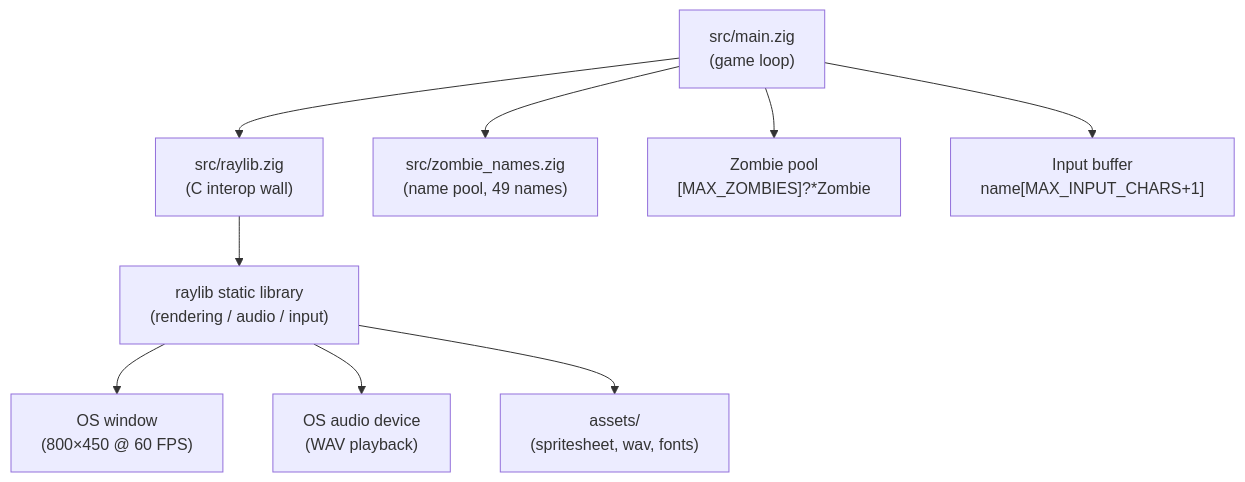
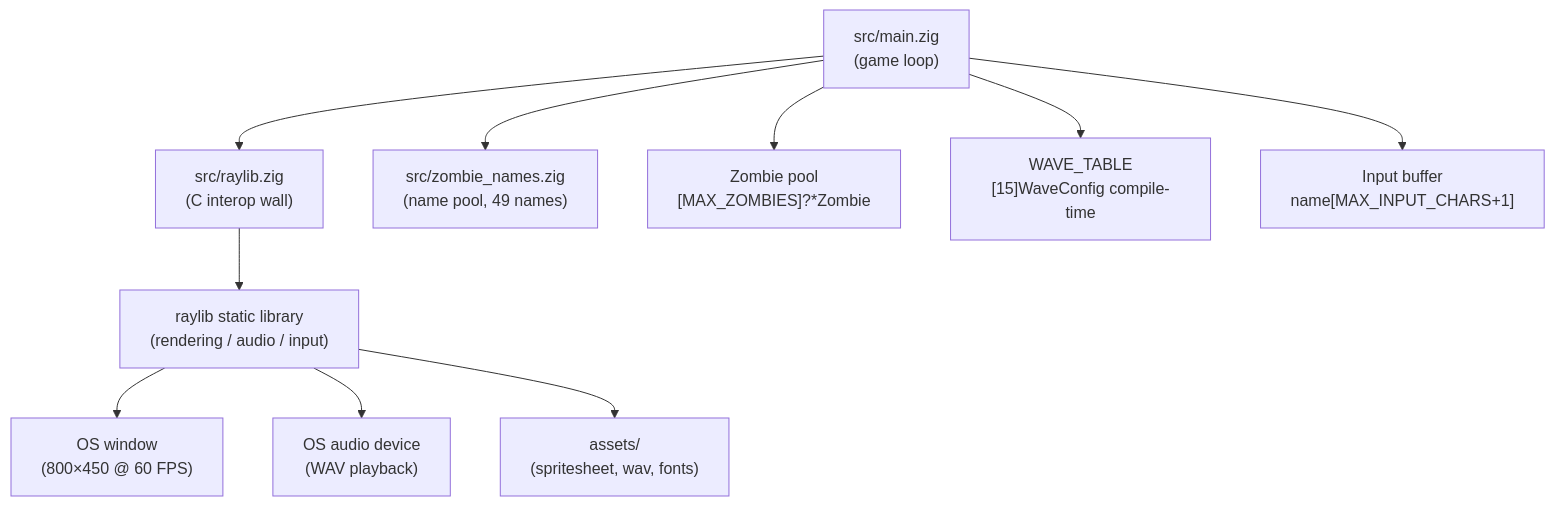
The first of 2 diagrams in specs/specifications/overview.md (bfernandez31/death-note), drawn with Mermaid before and after one commit. The commit also changed other lines of this file and 4 other files, not shown here.

````diff
--- a/specs/specifications/overview.md
+++ b/specs/specifications/overview.md
@@ -47,21 +47,23 @@
 ```mermaid
 graph TB
     Main["src/main.zig\n(game loop)"]
     RaylibWrapper["src/raylib.zig\n(C interop wall)"]
     ZombieNames["src/zombie_names.zig\n(name pool, 49 names)"]
     RaylibLib["raylib static library\n(rendering / audio / input)"]
     ZombiePool["Zombie pool\n[MAX_ZOMBIES]?*Zombie"]
+    WaveTable["WAVE_TABLE\n[15]WaveConfig compile-time"]
     Assets["assets/\n(spritesheet, wav, fonts)"]
     Window["OS window\n(800×450 @ 60 FPS)"]
     AudioDevice["OS audio device\n(WAV playback)"]
     InputBuf["Input buffer\nname[MAX_INPUT_CHARS+1]"]
 
     Main --> RaylibWrapper
     Main --> ZombieNames
     Main --> ZombiePool
+    Main --> WaveTable
     Main --> InputBuf
     RaylibWrapper --> RaylibLib
     RaylibLib --> Window
     RaylibLib --> AudioDevice
     RaylibLib --> Assets
 ```
````
